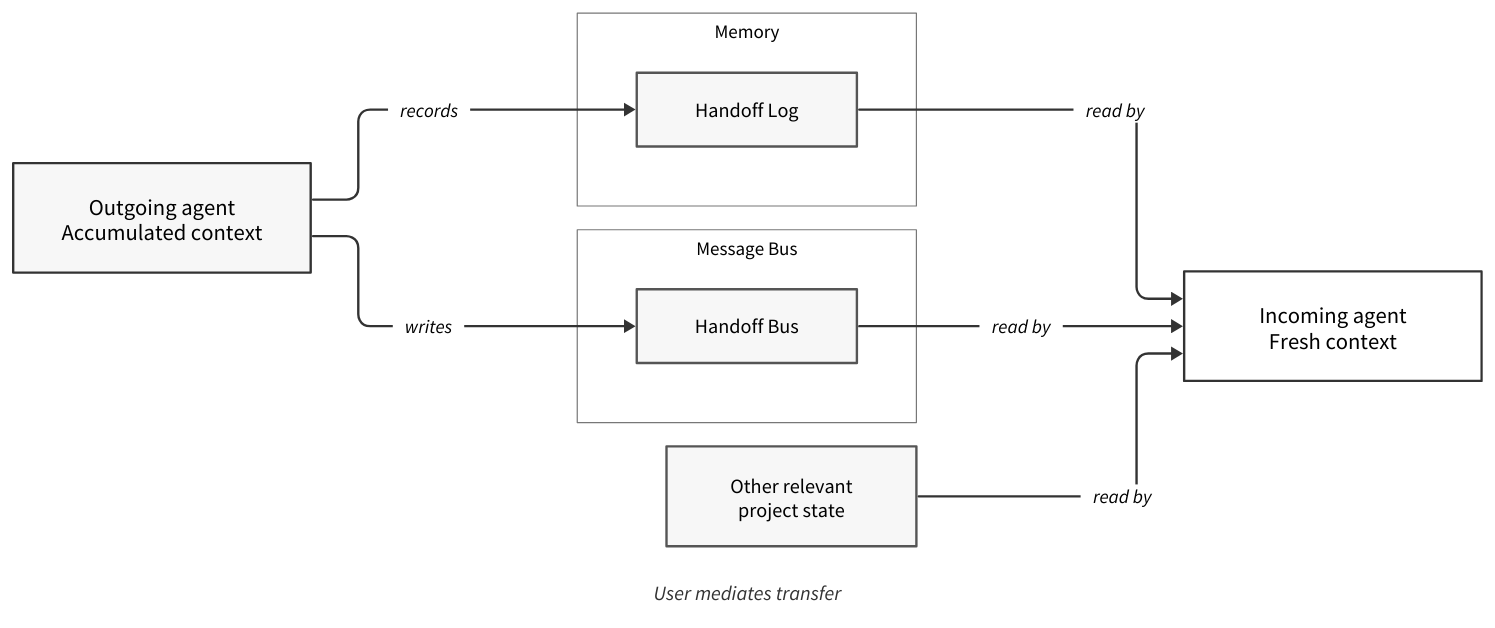
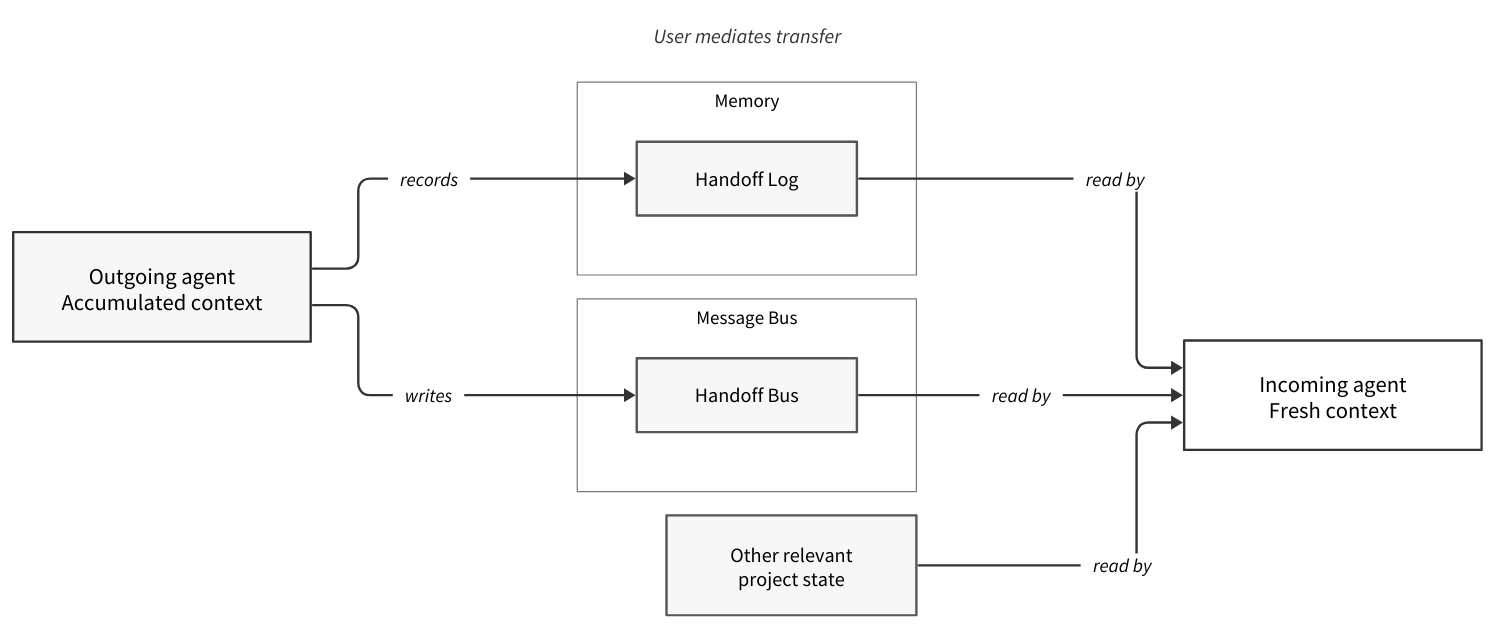
The diagram in diagrams/framework-design/handoff.d2 (sdi2200262/bsc-apm-thesis), drawn with D2 before and after one commit. The commit also changed 1 other file, not shown here.

```diff
--- a/diagrams/framework-design/handoff.d2
+++ b/diagrams/framework-design/handoff.d2
@@ -1,166 +1,166 @@
 direction: right
 
 vars: {
   d2-config: {
     layout-engine: elk
     theme-id: 0
     pad: 18
     center: true
   }
 }
 
 classes: {
   actor: {
     style: {
       fill: "#ffffff"
       stroke: "#333333"
       stroke-width: 2
       font-color: "#000000"
       font-size: 19
       bold: false
       border-radius: 0
       shadow: false
     }
   }
   artefact: {
     style: {
       fill: "#f7f7f7"
       stroke: "#555555"
       stroke-width: 2
       font-color: "#000000"
       font-size: 17
       bold: false
       border-radius: 0
       shadow: false
     }
   }
   holder: {
     style: {
       fill: "#ffffff"
       stroke: "#777777"
       stroke-width: 1
       font-color: "#000000"
       font-size: 16
       bold: false
       border-radius: 0
       shadow: false
     }
   }
   annotation: {
     shape: rectangle
     width: 230
     height: 38
     style: {
       fill: transparent
       stroke: transparent
       font-color: "#333333"
       font-size: 17
       bold: false
       italic: true
     }
   }
 }
 
 outgoing: {
   label: "Outgoing agent\nAccumulated context"
   class: actor
   width: 250
   height: 92
   style.fill: "#f7f7f7"
 }
 
 memory: {
   label: Memory
   class: holder
 
   handoff_log: {
     label: Handoff Log
     class: artefact
     width: 185
     height: 62
   }
 }
 
 message_bus: {
   label: Message Bus
   class: holder
 
   handoff_bus: {
     label: Handoff Bus
     class: artefact
     width: 185
     height: 62
   }
 }
 
 project_state: {
   label: "Other relevant\nproject state"
   class: artefact
   width: 210
   height: 84
 }
 
 incoming: {
   label: "Incoming agent\nFresh context"
   class: actor
   width: 250
   height: 92
 }
 
 mediation: {
   label: User mediates transfer
   class: annotation
   width: 230
   height: 38
-  near: bottom-center
+  near: top-center
 }
 
 outgoing -> memory.handoff_log: " records " {
   style: {
     stroke: "#333333"
     stroke-width: 2
     font-color: "#000000"
     font-size: 16
     border-radius: 10
   }
 }
 
 memory.handoff_log -> incoming: " read by " {
   style: {
     stroke: "#333333"
     stroke-width: 2
     font-color: "#000000"
     font-size: 16
     border-radius: 10
   }
 }
 
 outgoing -> message_bus.handoff_bus: " writes " {
   style: {
     stroke: "#333333"
     stroke-width: 2
     font-color: "#000000"
     font-size: 16
     border-radius: 10
   }
 }
 
 message_bus.handoff_bus -> incoming: " read by " {
   style: {
     stroke: "#333333"
     stroke-width: 2
     font-color: "#000000"
     font-size: 16
     border-radius: 10
   }
 }
 
 project_state -> incoming: " read by " {
   style: {
     stroke: "#333333"
     stroke-width: 2
     font-color: "#000000"
     font-size: 16
     border-radius: 10
   }
 }
```
